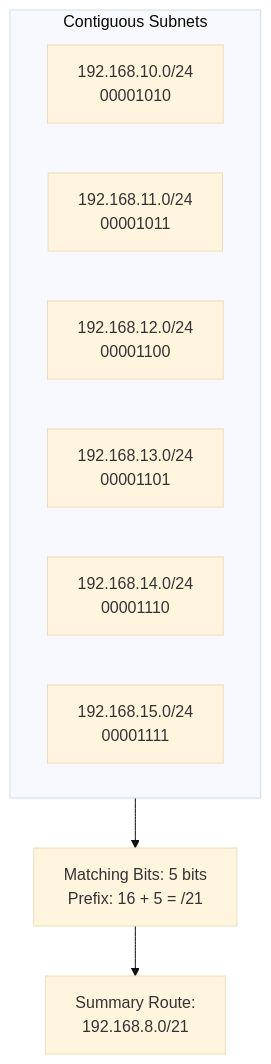
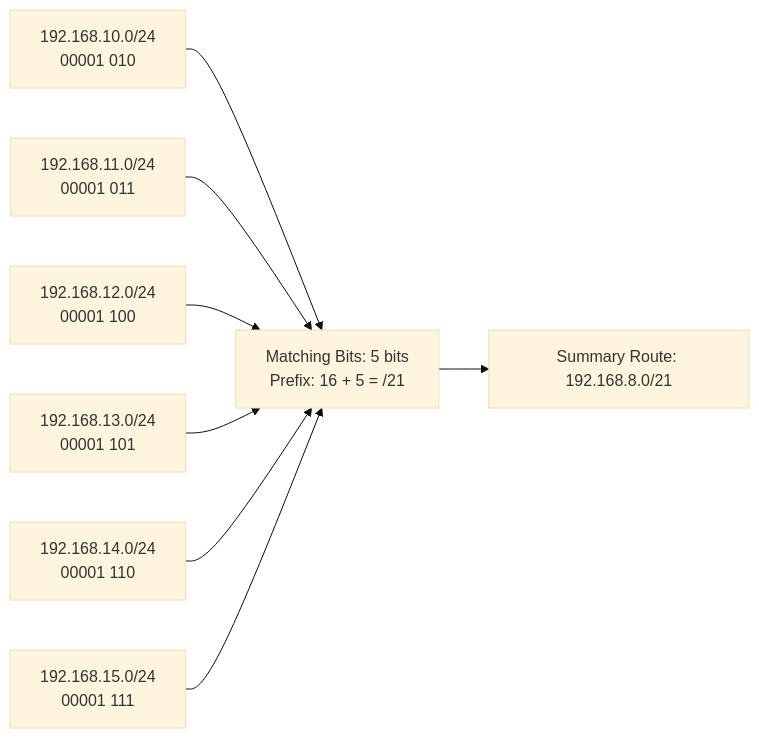
One commit to Vtheonly/Obsidian_Notes changed the diagram in Master 1/S1/Resaux/02 IPv4 Network Layer/02.04 Route Summarization (Aggregation).md. Above: the diagram before and after it, drawn with Mermaid (base theme). The commit also changed 147 other files, not shown here.

````diff
--- a/Master 1/S1/Resaux/02 IPv4 Network Layer/02.04 Route Summarization (Aggregation).md
+++ b/Master 1/S1/Resaux/02 IPv4 Network Layer/02.04 Route Summarization (Aggregation).md
@@ -5,13 +5,10 @@
 ```mermaid
-flowchart TD
-    subgraph Subnets["Contiguous Subnets"]
-        S10["192.168.10.0/24<br/>00001010"]
-        S11["192.168.11.0/24<br/>00001011"]
-        S12["192.168.12.0/24<br/>00001100"]
-        S13["192.168.13.0/24<br/>00001101"]
-        S14["192.168.14.0/24<br/>00001110"]
-        S15["192.168.15.0/24<br/>00001111"]
-    end
-    Subnets --> Match["Matching Bits: 5 bits<br/>Prefix: 16 + 5 = /21"]
-    Match --> Summary["Summary Route:<br/>192.168.8.0/21"]
+graph LR
+    S10["192.168.10.0/24<br/>00001 010"] --> Match["Matching Bits: 5 bits<br/>Prefix: 16 + 5 = /21"]
+    S11["192.168.11.0/24<br/>00001 011"] --> Match
+    S12["192.168.12.0/24<br/>00001 100"] --> Match
+    S13["192.168.13.0/24<br/>00001 101"] --> Match
+    S14["192.168.14.0/24<br/>00001 110"] --> Match
+    S15["192.168.15.0/24<br/>00001 111"] --> Match
+    Match --> Summary["Summary Route: 192.168.8.0/21"]
 ```
````
